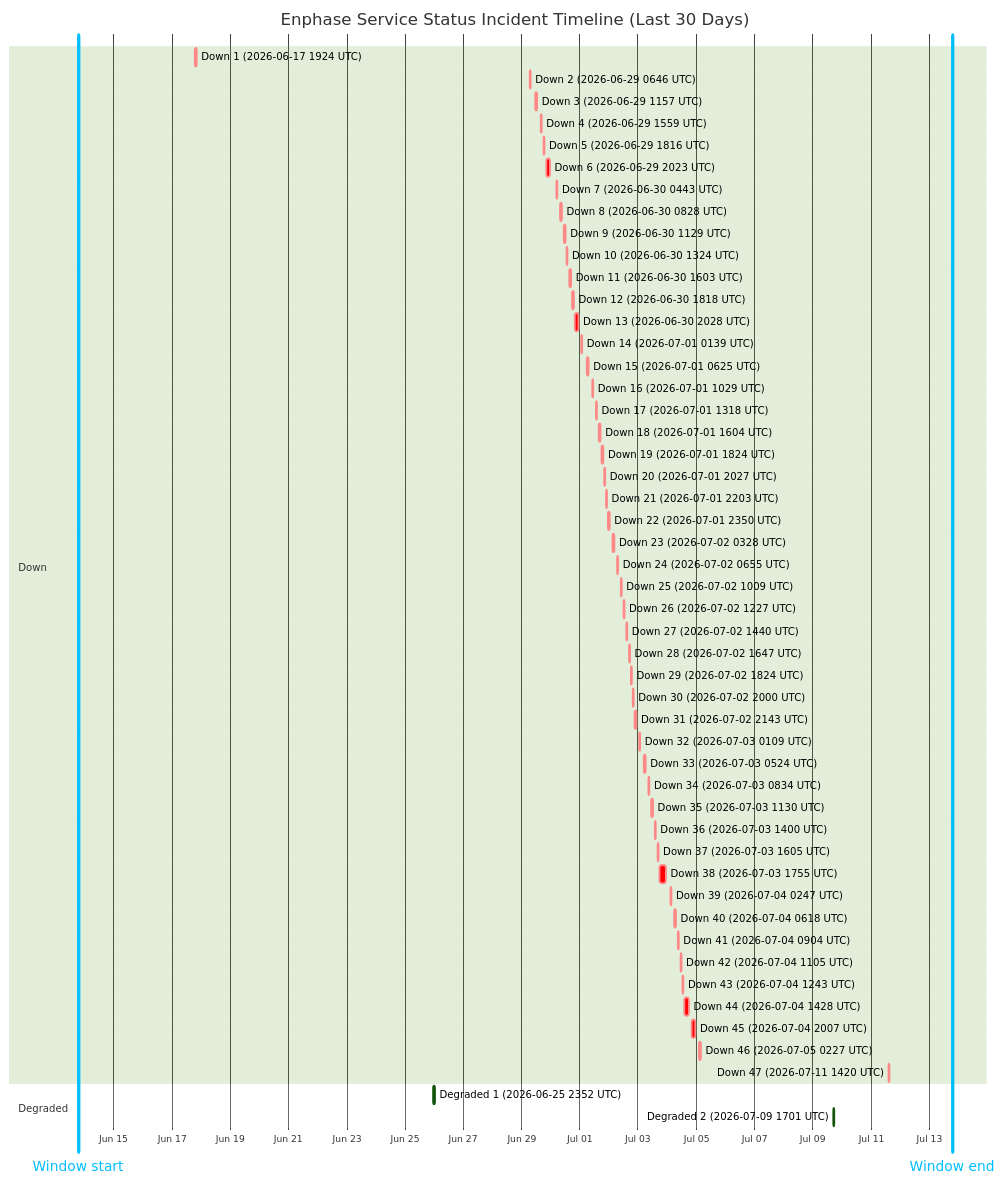
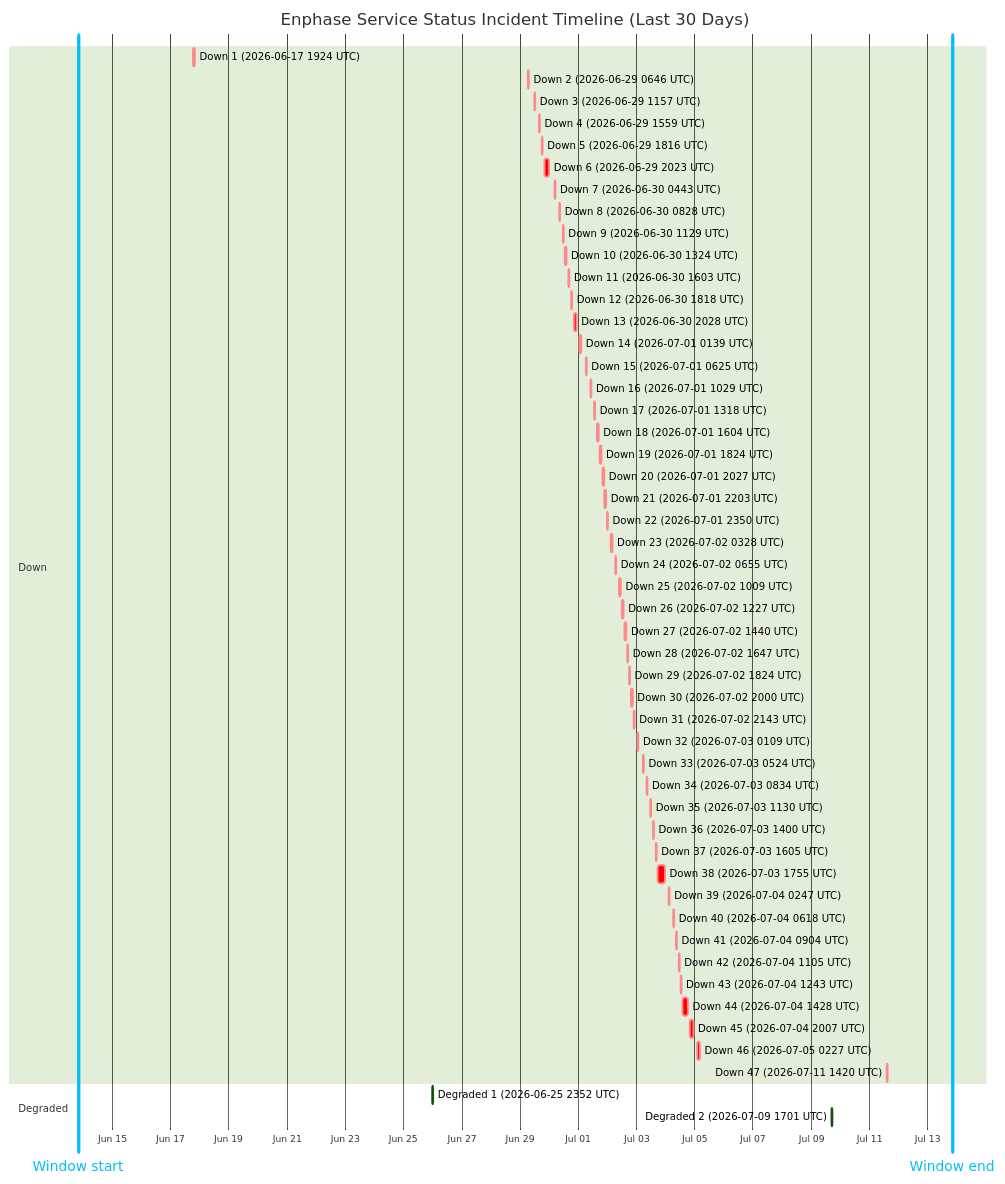
One commit to barneyonline/ha-enphase-energy changed the diagram in wiki/Service-Status-History.md. Above: the diagram before and after it, drawn with Mermaid (forest theme). The commit also changed other lines of this file and 3 other files, not shown here.

````diff
--- a/wiki/Service-Status-History.md
+++ b/wiki/Service-Status-History.md
@@ -14,59 +14,59 @@
 ```mermaid
 gantt
     title Enphase Service Status Incident Timeline (Last 30 Days)
     dateFormat  YYYY-MM-DDTHH:mm:ss
     axisFormat  %b %d
-    Window start :vert, window-start, 2026-06-13T18:58:07, 0ms
-    Window end :vert, window-end, 2026-07-13T18:58:07, 0ms
+    Window start :vert, window-start, 2026-06-13T20:18:57, 0ms
+    Window end :vert, window-end, 2026-07-13T20:18:57, 0ms
     section Down
     Down 1 (2026-06-17 1924 UTC) :crit, down-1, 2026-06-17T19:24:51, 60m
     Down 2 (2026-06-29 0646 UTC) :crit, down-2, 2026-06-29T06:46:18, 60m
     Down 3 (2026-06-29 1157 UTC) :crit, down-3, 2026-06-29T11:57:36, 60m
     Down 4 (2026-06-29 1559 UTC) :crit, down-4, 2026-06-29T15:59:02, 60m
     Down 5 (2026-06-29 1816 UTC) :crit, down-5, 2026-06-29T18:16:38, 60m
     Down 6 (2026-06-29 2023 UTC) :crit, down-6, 2026-06-29T20:23:16, 220m
     Down 7 (2026-06-30 0443 UTC) :crit, down-7, 2026-06-30T04:43:54, 60m
     Down 8 (2026-06-30 0828 UTC) :crit, down-8, 2026-06-30T08:28:43, 60m
     Down 9 (2026-06-30 1129 UTC) :crit, down-9, 2026-06-30T11:29:15, 60m
     Down 10 (2026-06-30 1324 UTC) :crit, down-10, 2026-06-30T13:24:25, 60m
     Down 11 (2026-06-30 1603 UTC) :crit, down-11, 2026-06-30T16:03:26, 60m
     Down 12 (2026-06-30 1818 UTC) :crit, down-12, 2026-06-30T18:18:39, 60m
     Down 13 (2026-06-30 2028 UTC) :crit, down-13, 2026-06-30T20:28:54, 171m
     Down 14 (2026-07-01 0139 UTC) :crit, down-14, 2026-07-01T01:39:18, 60m
     Down 15 (2026-07-01 0625 UTC) :crit, down-15, 2026-07-01T06:25:35, 60m
     Down 16 (2026-07-01 1029 UTC) :crit, down-16, 2026-07-01T10:29:24, 60m
     Down 17 (2026-07-01 1318 UTC) :crit, down-17, 2026-07-01T13:18:31, 60m
     Down 18 (2026-07-01 1604 UTC) :crit, down-18, 2026-07-01T16:04:29, 60m
     Down 19 (2026-07-01 1824 UTC) :crit, down-19, 2026-07-01T18:24:21, 60m
     Down 20 (2026-07-01 2027 UTC) :crit, down-20, 2026-07-01T20:27:17, 60m
     Down 21 (2026-07-01 2203 UTC) :crit, down-21, 2026-07-01T22:03:46, 60m
     Down 22 (2026-07-01 2350 UTC) :crit, down-22, 2026-07-01T23:50:52, 60m
     Down 23 (2026-07-02 0328 UTC) :crit, down-23, 2026-07-02T03:28:33, 60m
     Down 24 (2026-07-02 0655 UTC) :crit, down-24, 2026-07-02T06:55:07, 60m
     Down 25 (2026-07-02 1009 UTC) :crit, down-25, 2026-07-02T10:09:15, 60m
     Down 26 (2026-07-02 1227 UTC) :crit, down-26, 2026-07-02T12:27:49, 60m
     Down 27 (2026-07-02 1440 UTC) :crit, down-27, 2026-07-02T14:40:53, 60m
     Down 28 (2026-07-02 1647 UTC) :crit, down-28, 2026-07-02T16:47:47, 60m
     Down 29 (2026-07-02 1824 UTC) :crit, down-29, 2026-07-02T18:24:26, 60m
     Down 30 (2026-07-02 2000 UTC) :crit, down-30, 2026-07-02T20:00:57, 60m
     Down 31 (2026-07-02 2143 UTC) :crit, down-31, 2026-07-02T21:43:52, 80m
     Down 32 (2026-07-03 0109 UTC) :crit, down-32, 2026-07-03T01:09:19, 60m
     Down 33 (2026-07-03 0524 UTC) :crit, down-33, 2026-07-03T05:24:23, 60m
     Down 34 (2026-07-03 0834 UTC) :crit, down-34, 2026-07-03T08:34:05, 60m
     Down 35 (2026-07-03 1130 UTC) :crit, down-35, 2026-07-03T11:30:41, 60m
     Down 36 (2026-07-03 1400 UTC) :crit, down-36, 2026-07-03T14:00:48, 60m
     Down 37 (2026-07-03 1605 UTC) :crit, down-37, 2026-07-03T16:05:49, 60m
     Down 38 (2026-07-03 1755 UTC) :crit, down-38, 2026-07-03T17:55:54, 338m
     Down 39 (2026-07-04 0247 UTC) :crit, down-39, 2026-07-04T02:47:22, 60m
     Down 40 (2026-07-04 0618 UTC) :crit, down-40, 2026-07-04T06:18:09, 60m
     Down 41 (2026-07-04 0904 UTC) :crit, down-41, 2026-07-04T09:04:41, 60m
     Down 42 (2026-07-04 1105 UTC) :crit, down-42, 2026-07-04T11:05:21, 60m
     Down 43 (2026-07-04 1243 UTC) :crit, down-43, 2026-07-04T12:43:25, 60m
     Down 44 (2026-07-04 1428 UTC) :crit, down-44, 2026-07-04T14:28:07, 243m
     Down 45 (2026-07-04 2007 UTC) :crit, down-45, 2026-07-04T20:07:50, 206m
     Down 46 (2026-07-05 0227 UTC) :crit, down-46, 2026-07-05T02:27:32, 109m
     Down 47 (2026-07-11 1420 UTC) :crit, down-47, 2026-07-11T14:20:54, 69m
     section Degraded
     Degraded 1 (2026-06-25 2352 UTC) :active, degraded-1, 2026-06-25T23:52:01, 60m
     Degraded 2 (2026-07-09 1701 UTC) :active, degraded-2, 2026-07-09T17:01:02, 60m
 ```
````
